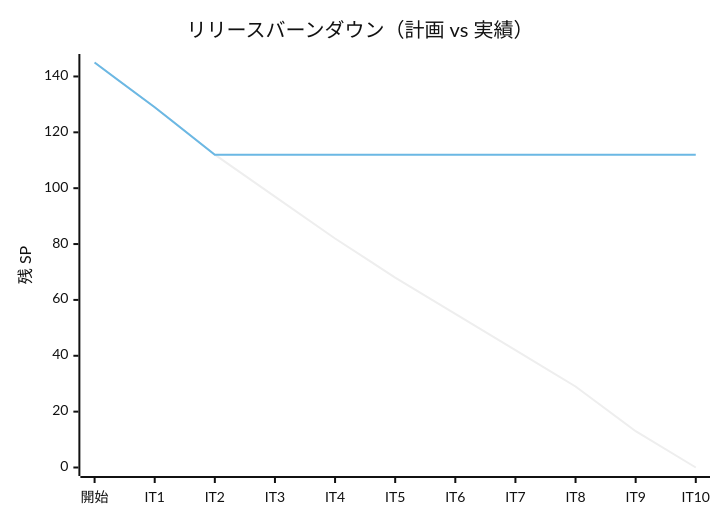
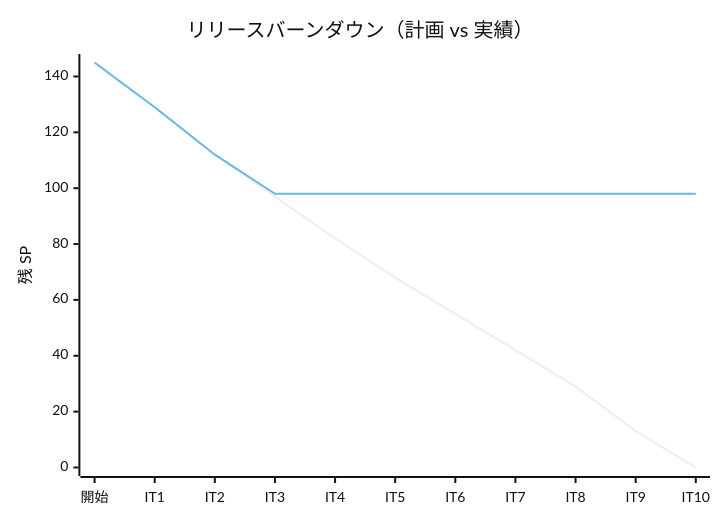
Before and after one commit to k2works/case-study-cargo-tracker: the third of 3 diagrams in docs/development/release_plan.md, drawn with Mermaid (neutral theme). The commit also changed other lines of this file and 3 other files, not shown here.

````diff
--- a/docs/development/release_plan.md
+++ b/docs/development/release_plan.md
@@ -471,8 +471,8 @@
 ```mermaid
 xychart-beta
     title "リリースバーンダウン（計画 vs 実績）"
     x-axis ["開始", "IT1", "IT2", "IT3", "IT4", "IT5", "IT6", "IT7", "IT8", "IT9", "IT10"]
     y-axis "残 SP" 0 --> 145
     line "計画" [145, 129, 112, 97, 82, 68, 55, 42, 29, 13, 0]
-    line "実績" [145, 129, 112, 112, 112, 112, 112, 112, 112, 112, 112]
+    line "実績" [145, 129, 112, 98, 98, 98, 98, 98, 98, 98, 98]
 ```
````
